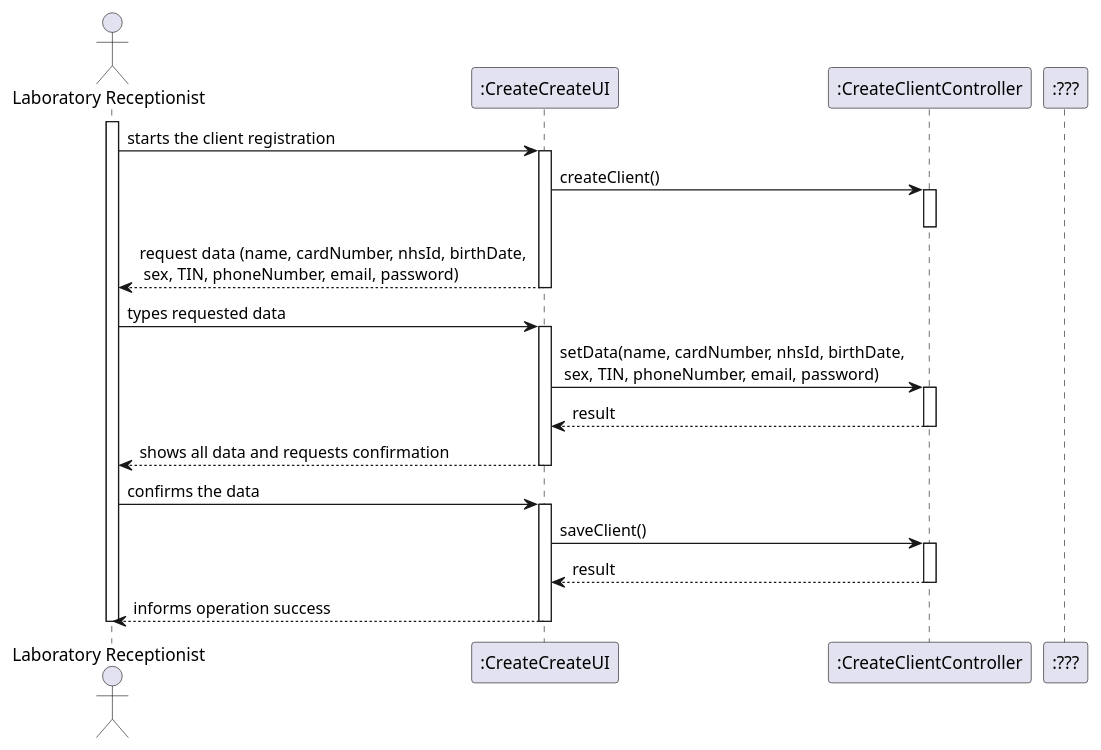
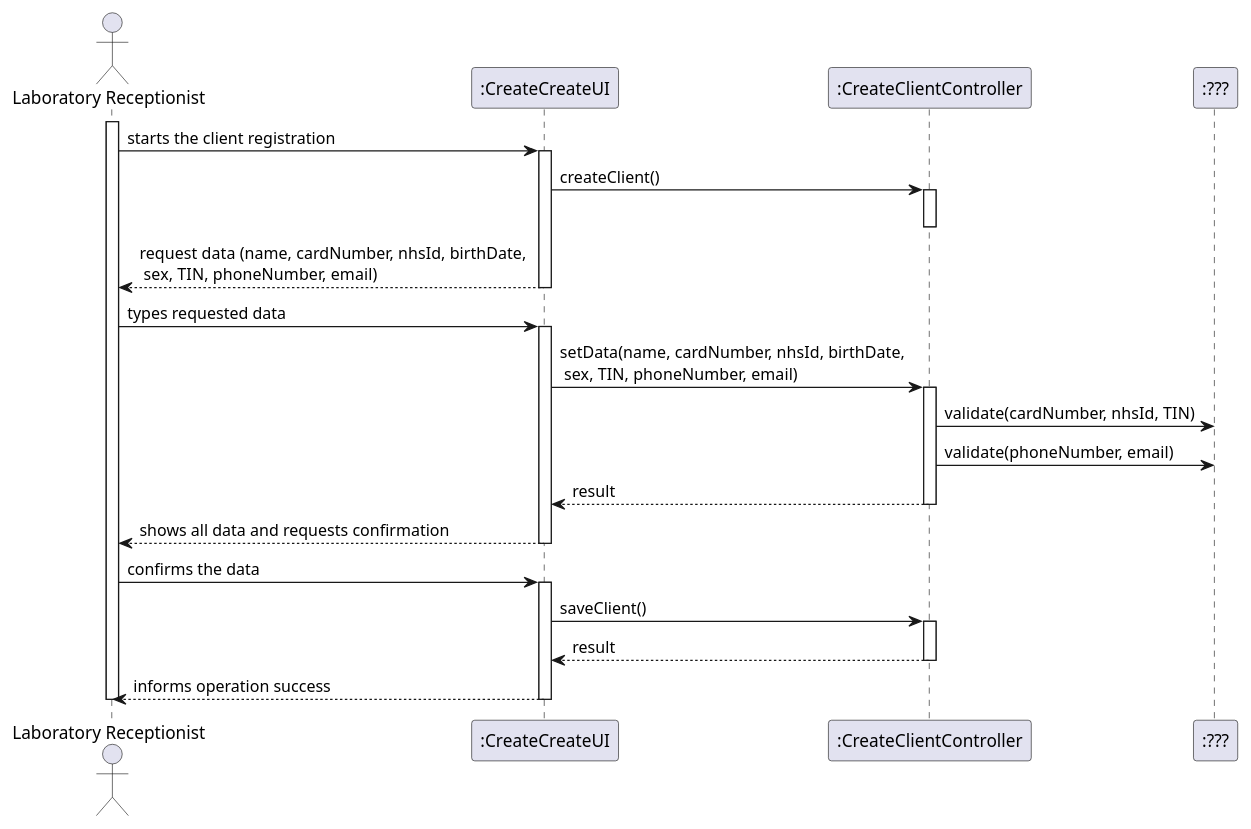
Before and after one commit to MadDinosaur/ISEP-LAPR2: the diagram in docs/SprintB/US3/US3_SD.puml, drawn with PlantUML. The commit also changed 2 other files, not shown here.

```diff
--- a/docs/SprintB/US3/US3_SD.puml
+++ b/docs/SprintB/US3/US3_SD.puml
@@ -1,33 +1,35 @@
 @startuml
 actor "Laboratory Receptionist" as LR
 participant ":CreateCreateUI" as ui
 participant ":CreateClientController" as controller
 participant ":???" as new
 
 activate LR
 LR -> ui : starts the client registration
 activate ui
 ui -> controller : createClient()
 activate controller
 deactivate controller
-ui --> LR : request data (name, cardNumber, nhsId, birthDate, \n sex, TIN, phoneNumber, email, password)
+ui --> LR : request data (name, cardNumber, nhsId, birthDate, \n sex, TIN, phoneNumber, email)
 deactivate ui
 LR -> ui : types requested data
 activate ui
-ui -> controller : setData(name, cardNumber, nhsId, birthDate, \n sex, TIN, phoneNumber, email, password)
+ui -> controller : setData(name, cardNumber, nhsId, birthDate, \n sex, TIN, phoneNumber, email)
 activate controller
+controller -> new : validate(cardNumber, nhsId, TIN)
+controller -> new : validate(phoneNumber, email)
 controller --> ui : result
 deactivate controller
 ui --> LR : shows all data and requests confirmation
 deactivate ui
 LR -> ui : confirms the data
 activate ui
 ui -> controller : saveClient()
 activate controller
 controller --> ui : result
 deactivate controller
 ui --> LR : informs operation success
 deactivate ui
 deactivate LR
 
 @enduml
```
